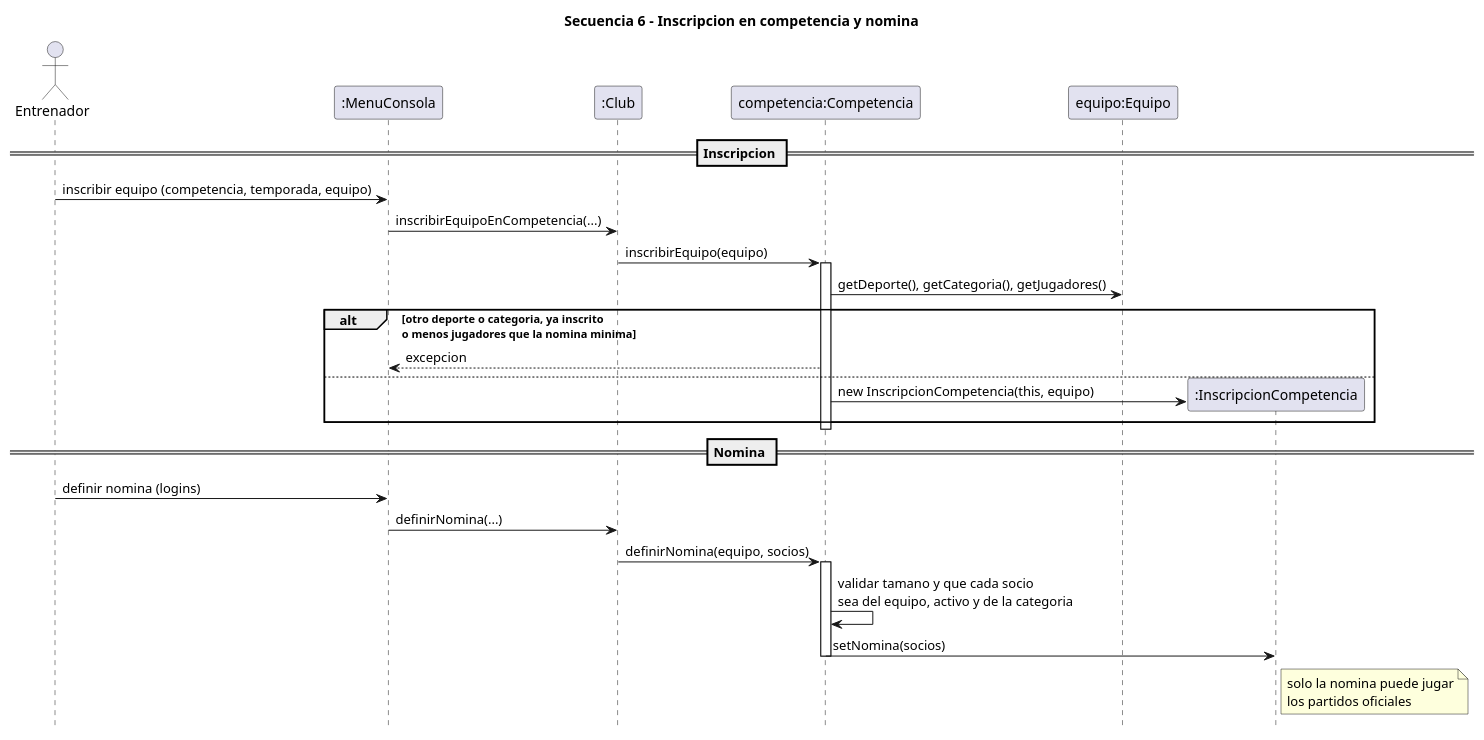
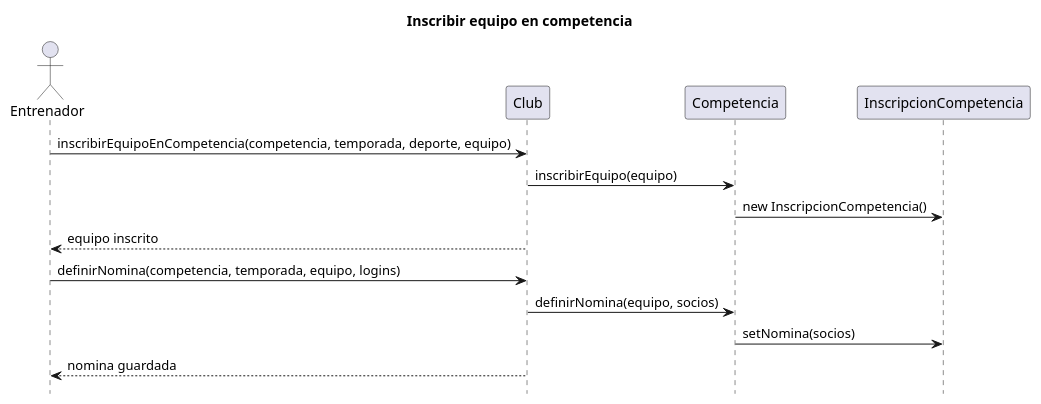
The diagram in Proyecto 1/Entrega 2/ClubDeportivoseneca/diagramas/secuencia/CDS_SEC_6_inscripcion_competencia.puml (alejandrod-24/G03-ClubDeportivo), drawn with PlantUML before and after one commit. The commit also changed 11 other files, not shown here.

Commit message:
diagramas secuencia

```diff
--- a/Proyecto 1/Entrega 2/ClubDeportivoseneca/diagramas/secuencia/CDS_SEC_6_inscripcion_competencia.puml
+++ b/Proyecto 1/Entrega 2/ClubDeportivoseneca/diagramas/secuencia/CDS_SEC_6_inscripcion_competencia.puml
@@ -1,36 +1,19 @@
 @startuml
-' Club Deportivo Séneca - Secuencia 6: inscripcion en competencia (RF-ENT-06) y nomina (RF-ENT-07)
-title Secuencia 6 - Inscripcion en competencia y nomina
+title Inscribir equipo en competencia
 hide footbox
-skinparam shadowing false
 
-actor Entrenador as U
-participant ":MenuConsola" as M
-participant ":Club" as C
-participant "competencia:Competencia" as CO
-participant "equipo:Equipo" as E
-participant ":InscripcionCompetencia" as IC
+actor Entrenador
+participant Club
+participant Competencia
+participant InscripcionCompetencia
 
-== Inscripcion ==
-U -> M : inscribir equipo (competencia, temporada, equipo)
-M -> C : inscribirEquipoEnCompetencia(...)
-C -> CO : inscribirEquipo(equipo)
-activate CO
-CO -> E : getDeporte(), getCategoria(), getJugadores()
-alt otro deporte o categoria, ya inscrito\no menos jugadores que la nomina minima
-  CO --> M : excepcion
-else
-  CO -> IC ** : new InscripcionCompetencia(this, equipo)
-end
-deactivate CO
+Entrenador -> Club : inscribirEquipoEnCompetencia(competencia, temporada, deporte, equipo)
+Club -> Competencia : inscribirEquipo(equipo)
+Competencia -> InscripcionCompetencia : new InscripcionCompetencia()
+Club --> Entrenador : equipo inscrito
 
-== Nomina ==
-U -> M : definir nomina (logins)
-M -> C : definirNomina(...)
-C -> CO : definirNomina(equipo, socios)
-activate CO
-CO -> CO : validar tamano y que cada socio\nsea del equipo, activo y de la categoria
-CO -> IC : setNomina(socios)
-deactivate CO
-note right of IC : solo la nomina puede jugar\nlos partidos oficiales
+Entrenador -> Club : definirNomina(competencia, temporada, equipo, logins)
+Club -> Competencia : definirNomina(equipo, socios)
+Competencia -> InscripcionCompetencia : setNomina(socios)
+Club --> Entrenador : nomina guardada
 @enduml
```
